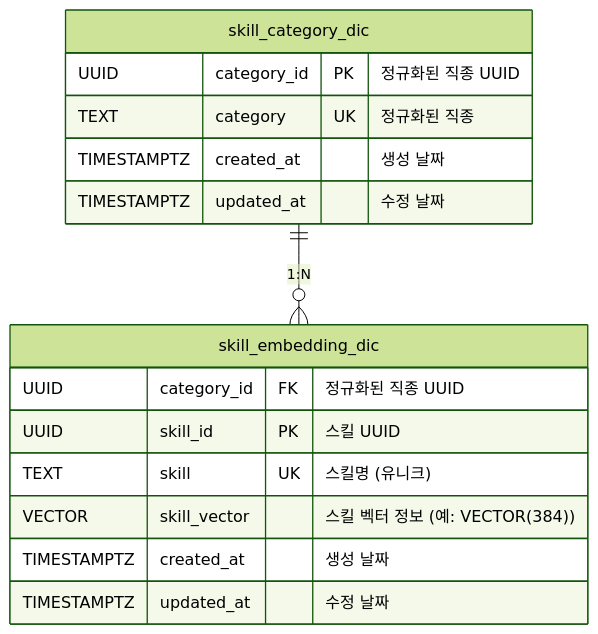
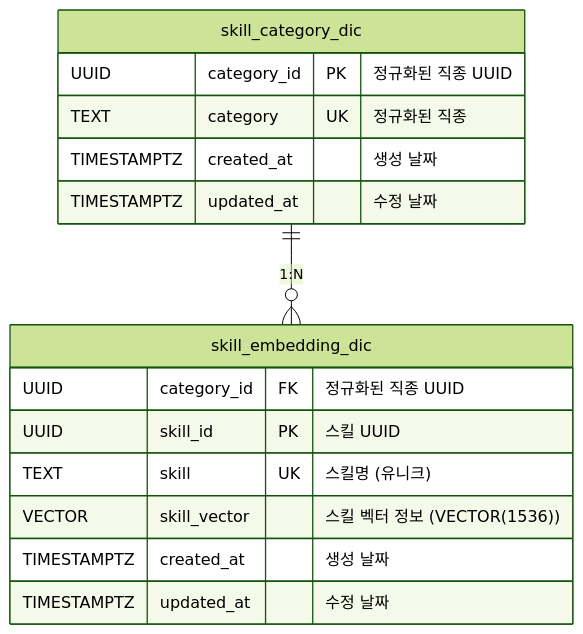
Before and after one commit to Alpha-Match/Alpha-Match: the fourth of 4 diagrams in Backend/docs/table_specification.md, drawn with Mermaid (forest theme). The commit also changed other lines of this file and 14 other files, not shown here.

````diff
--- a/Backend/docs/table_specification.md
+++ b/Backend/docs/table_specification.md
@@ -824,20 +839,20 @@
 ```mermaid
 erDiagram 
 		skill_category_dic {
         UUID category_id PK "정규화된 직종 UUID"
         TEXT category UK "정규화된 직종"
         TIMESTAMPTZ created_at "생성 날짜"
         TIMESTAMPTZ updated_at "수정 날짜"
 		}
 		
     skill_embedding_dic {
         UUID category_id FK "정규화된 직종 UUID"
         UUID skill_id PK "스킬 UUID"
         TEXT skill UK "스킬명 (유니크)"
-        VECTOR skill_vector "스킬 벡터 정보 (예: VECTOR(384))"
+        VECTOR skill_vector "스킬 벡터 정보 (VECTOR(1536))"
         TIMESTAMPTZ created_at "생성 날짜"
         TIMESTAMPTZ updated_at "수정 날짜"
     }
 
     skill_category_dic ||--o{ skill_embedding_dic : "1:N"
 ```
````
